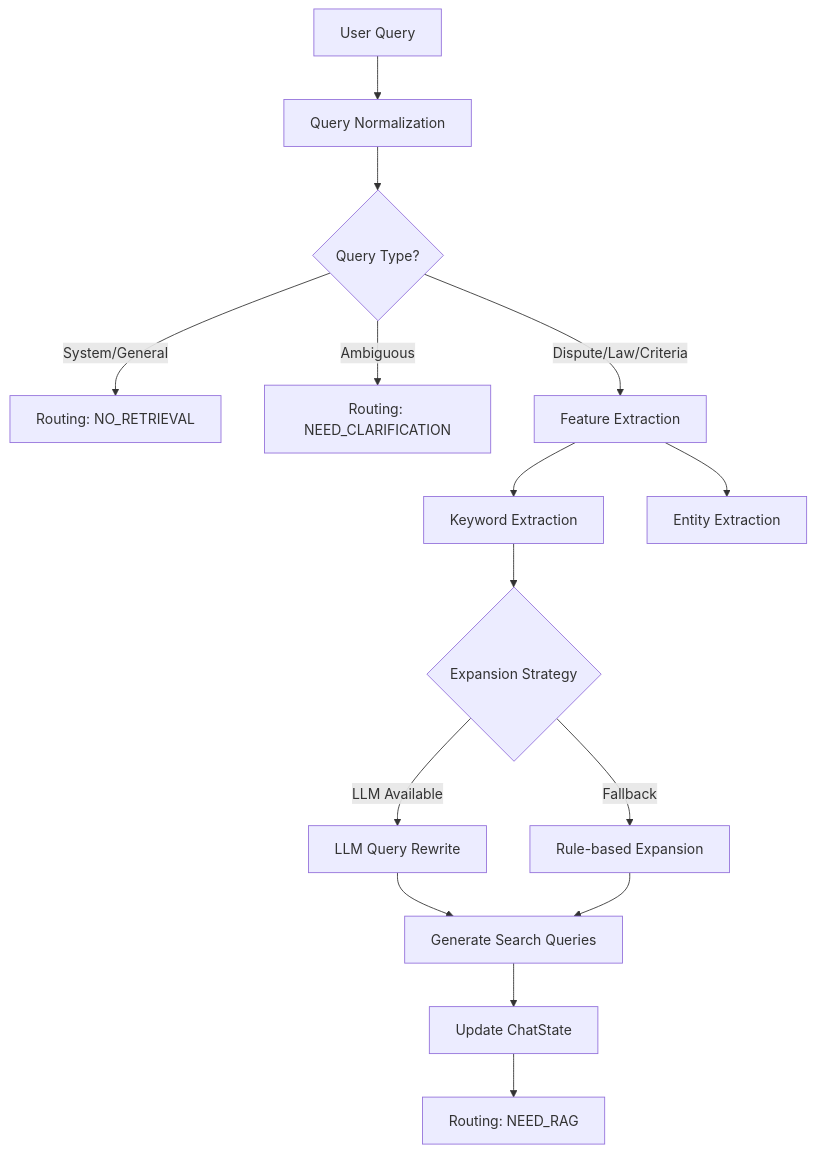
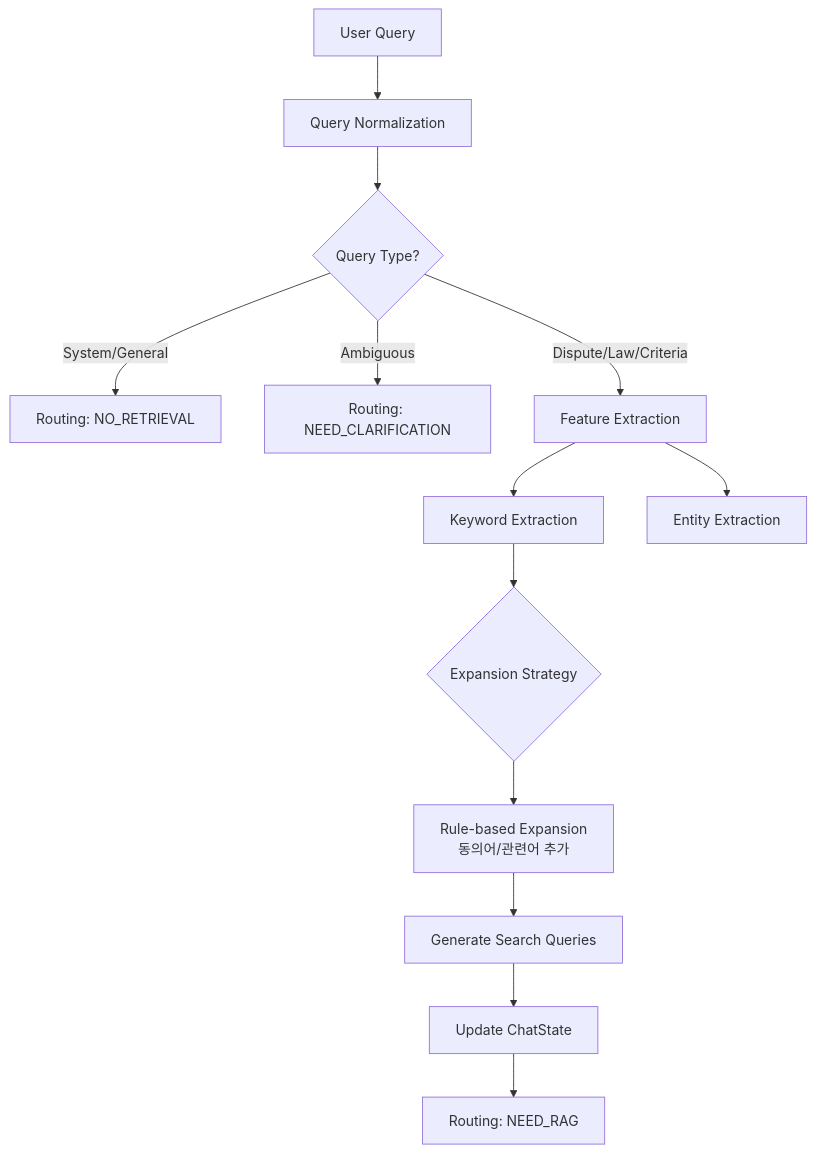
The diagram in backend/app/agents/query_analysis/README.md (SKN19-FINAL-5team/LLM), drawn with Mermaid before and after one commit. The commit also changed other lines of this file and 340 other files, not shown here.

````diff
--- a/backend/app/agents/query_analysis/README.md
+++ b/backend/app/agents/query_analysis/README.md
@@ -18,22 +20,20 @@
 ```mermaid
 flowchart TD
     UserQuery[User Query] --> Normalize[Query Normalization]
     Normalize --> Classify{Query Type?}
     
     Classify -- System/General --> NoRetrieval[Routing: NO_RETRIEVAL]
     Classify -- Ambiguous --> Clarify[Routing: NEED_CLARIFICATION]
     Classify -- Dispute/Law/Criteria --> Extract[Feature Extraction]
     
     Extract --> Keywords[Keyword Extraction]
     Extract --> Entities[Entity Extraction]
     
     Keywords --> Expansion{Expansion Strategy}
-    Expansion -- LLM Available --> LLMRewrite[LLM Query Rewrite]
-    Expansion -- Fallback --> RuleExpansion[Rule-based Expansion]
-    
-    LLMRewrite --> SearchQueries[Generate Search Queries]
-    RuleExpansion --> SearchQueries
-    
+    Expansion --> RuleExpansion[Rule-based Expansion<br/>동의어/관련어 추가]
+
+    RuleExpansion --> SearchQueries[Generate Search Queries]
+
     SearchQueries --> FinalState[Update ChatState]
     FinalState --> NextNode[Routing: NEED_RAG]
 ```
````
